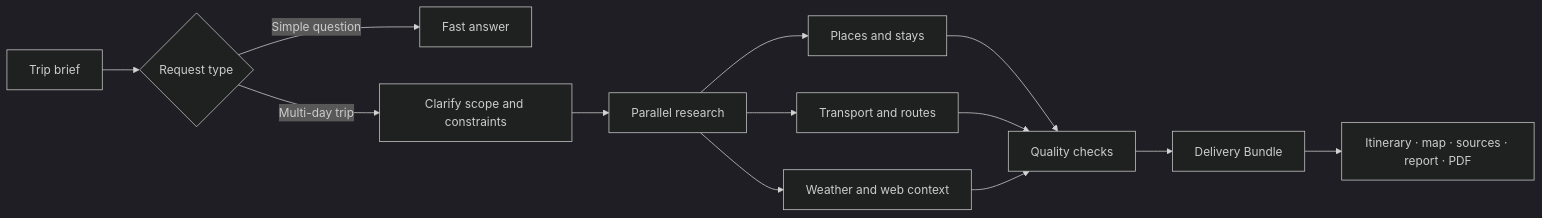
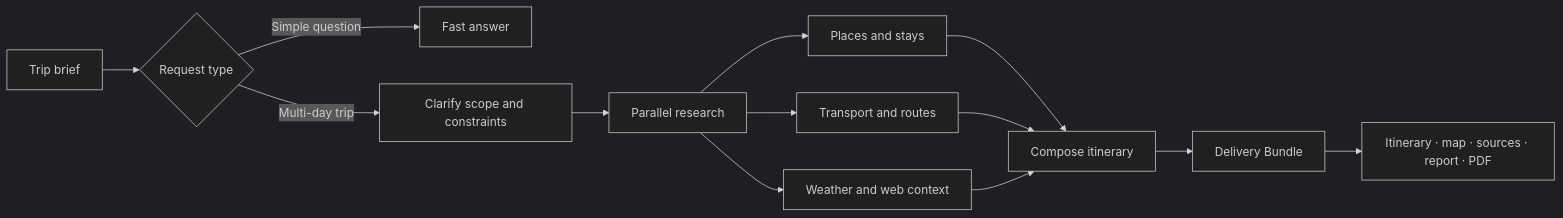
Before and after one commit to Lagom-TA/JourneyPilot: the diagram in README.md, drawn with Mermaid (dark theme). The commit also changed other lines of this file and 20 other files, not shown here.

First line of the commit message:
docs: rebuild the architecture documents around the current generation chain (#28)

````diff
--- a/README.md
+++ b/README.md
@@ -199,15 +199,15 @@
 ```mermaid
 flowchart LR
     Brief["Trip brief"] --> Route{"Request type"}
     Route -->|Simple question| Fast["Fast answer"]
     Route -->|Multi-day trip| Clarify["Clarify scope and constraints"]
     Clarify --> Research["Parallel research"]
     Research --> Places["Places and stays"]
     Research --> Transport["Transport and routes"]
     Research --> Context["Weather and web context"]
-    Places --> Checks["Quality checks"]
-    Transport --> Checks
-    Context --> Checks
-    Checks --> Delivery["Delivery Bundle"]
+    Places --> Compose["Compose itinerary"]
+    Transport --> Compose
+    Context --> Compose
+    Compose --> Delivery["Delivery Bundle"]
     Delivery --> Workspace["Itinerary · map · sources · report · PDF"]
 ```
````
